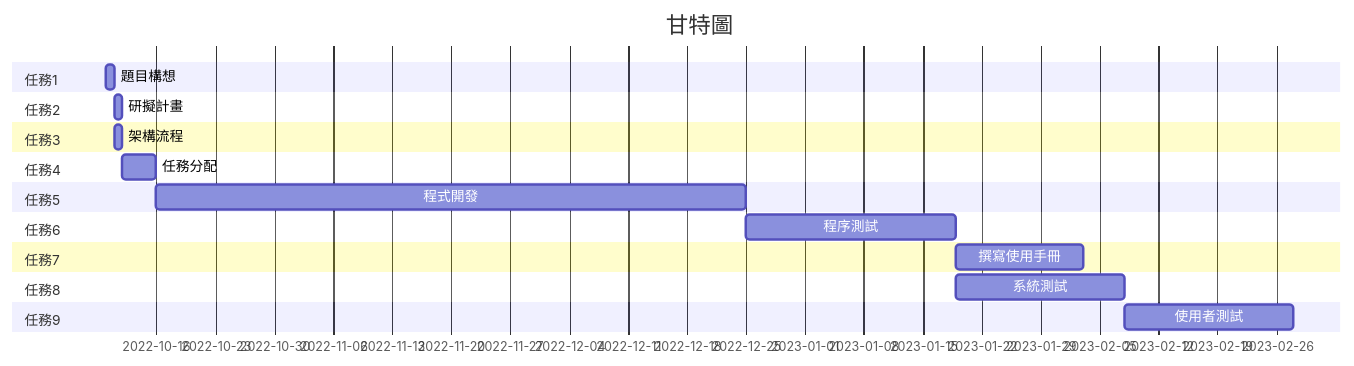
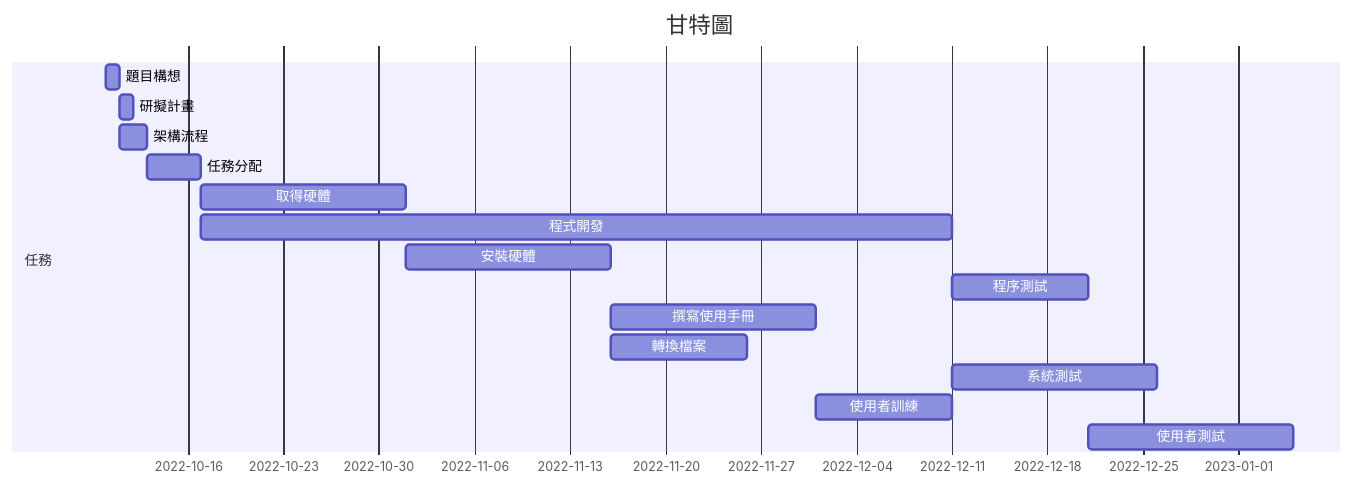
One commit to Forever-Hate/no15 changed the first of 2 diagrams in README.md. Above: the diagram before and after it, drawn with Mermaid. The commit also changed other lines of this file, not shown here.

````diff
--- a/README.md
+++ b/README.md
@@ -28,23 +32,19 @@
 ```mermaid
 gantt
     title 甘特圖
     
-    section 任務1
-    題目構想: a1, 2022-10-10, 1d
-    section 任務2
-    研擬計畫: a2, after a1, 1d
-    section 任務3 
-    架構流程: a3, after a1, 1d
-    section 任務4 
-    任務分配: a4, after a3, 4d
-    section 任務5 
-    程式開發: a5, after a4, 70d
-    section 任務6 
-    程序測試: a6, after a5, 25d
-    section 任務7 
-    撰寫使用手冊: a7, after a6, 15d
-    section 任務8 
-    系統測試: a8, after a6, 20d
-    section 任務9 
-    使用者測試: a9, after a8, 20d
+    section 任務
+    題目構想: a1, 2022-10-10, 1d  
+    研擬計畫: a2, after a1, 1d     
+    架構流程: a3, after a1, 2d     
+    任務分配: a4, after a3, 4d    
+    取得硬體: a5, after a4, 15d   
+    程式開發: a6, after a4, 55d    
+    安裝硬體: a7, after a5, 15d 
+    程序測試: a8, after a6, 10d     
+    撰寫使用手冊: a9, after a7, 15d    
+    轉換檔案: a10, after a7, 10d     
+    系統測試: a11, after a6, 15d   
+    使用者訓練: a12, after a9, 10d    
+    使用者測試: a13, after a8, 15d
 ```
````
